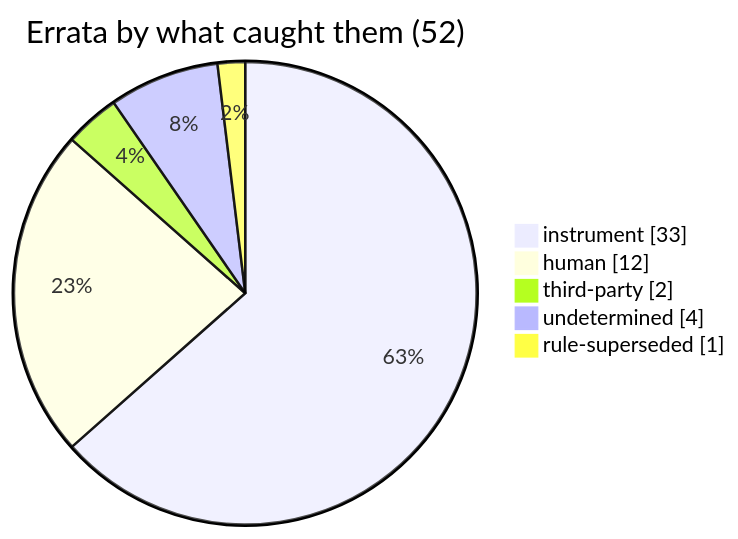
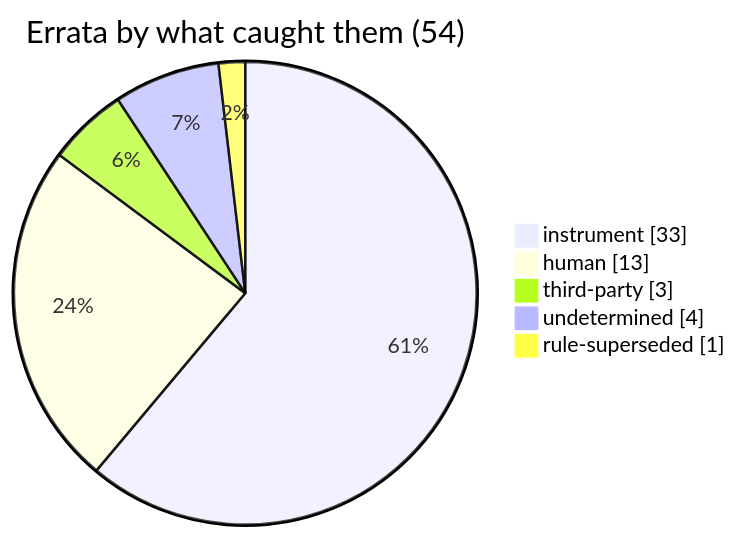
One commit to avp9-nexus/nexus-art changed the diagram in ERRATA.md. Above: the diagram before and after it, drawn with Mermaid. The commit also changed other lines of this file and 1 other file, not shown here.

Commit message:
Regenerate the errata register: 54 rows, E53 and E54 added, E50 corrected

````diff
--- a/ERRATA.md
+++ b/ERRATA.md
@@ -14,9 +14,9 @@
 ```mermaid
 pie showData
-    title Errata by what caught them (52)
+    title Errata by what caught them (54)
     "instrument" : 33
-    "human" : 12
-    "third-party" : 2
+    "human" : 13
+    "third-party" : 3
     "undetermined" : 4
     "rule-superseded" : 1
 ```
````
